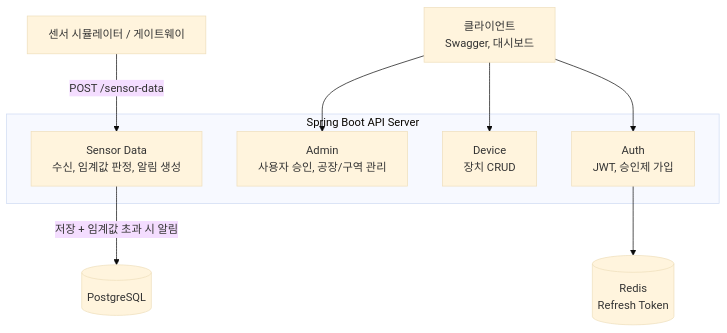
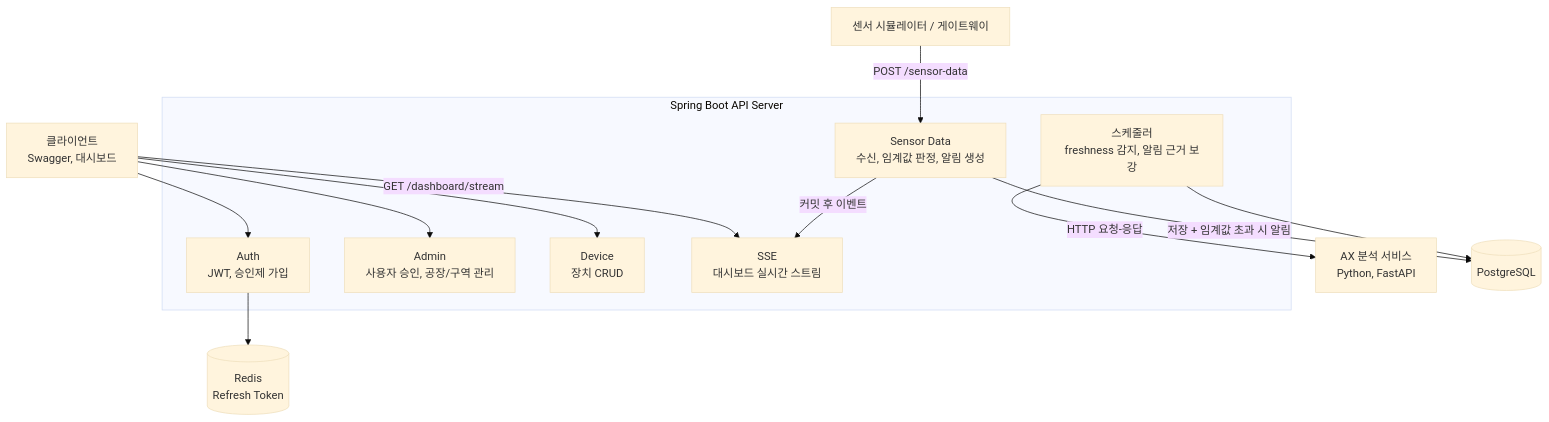
One commit to YEONJI-P/iot-sensor-platform changed the second of 3 diagrams in README.md. Above: the diagram before and after it, drawn with Mermaid (base theme). The commit also changed other lines of this file and 1 other file, not shown here.

First line of the commit message:
docs: README·CLAUDE 현행화 (Phase 2/3, SSE·AX·freshness 반영)

````diff
--- a/README.md
+++ b/README.md
@@ -85,22 +91,29 @@
 ```mermaid
 graph TD
     SIM[센서 시뮬레이터 / 게이트웨이]
     CLI[클라이언트<br>Swagger, 대시보드]
 
     subgraph API[Spring Boot API Server]
         AUTH[Auth<br>JWT, 승인제 가입]
         ADMIN[Admin<br>사용자 승인, 공장/구역 관리]
         DEVICE[Device<br>장치 CRUD]
         SENSOR[Sensor Data<br>수신, 임계값 판정, 알림 생성]
+        SSE[SSE<br>대시보드 실시간 스트림]
+        SCHED[스케줄러<br>freshness 감지, 알림 근거 보강]
     end
 
+    AX[AX 분석 서비스<br>Python, FastAPI]
     DB[(PostgreSQL)]
     REDIS[(Redis<br>Refresh Token)]
 
     SIM -->|POST /sensor-data| SENSOR
     CLI --> AUTH
     CLI --> ADMIN
     CLI --> DEVICE
+    CLI -->|GET /dashboard/stream| SSE
     SENSOR -->|저장 + 임계값 초과 시 알림| DB
+    SENSOR -->|커밋 후 이벤트| SSE
+    SCHED -->|HTTP 요청-응답| AX
+    SCHED --> DB
     AUTH --> REDIS
 ```
````
